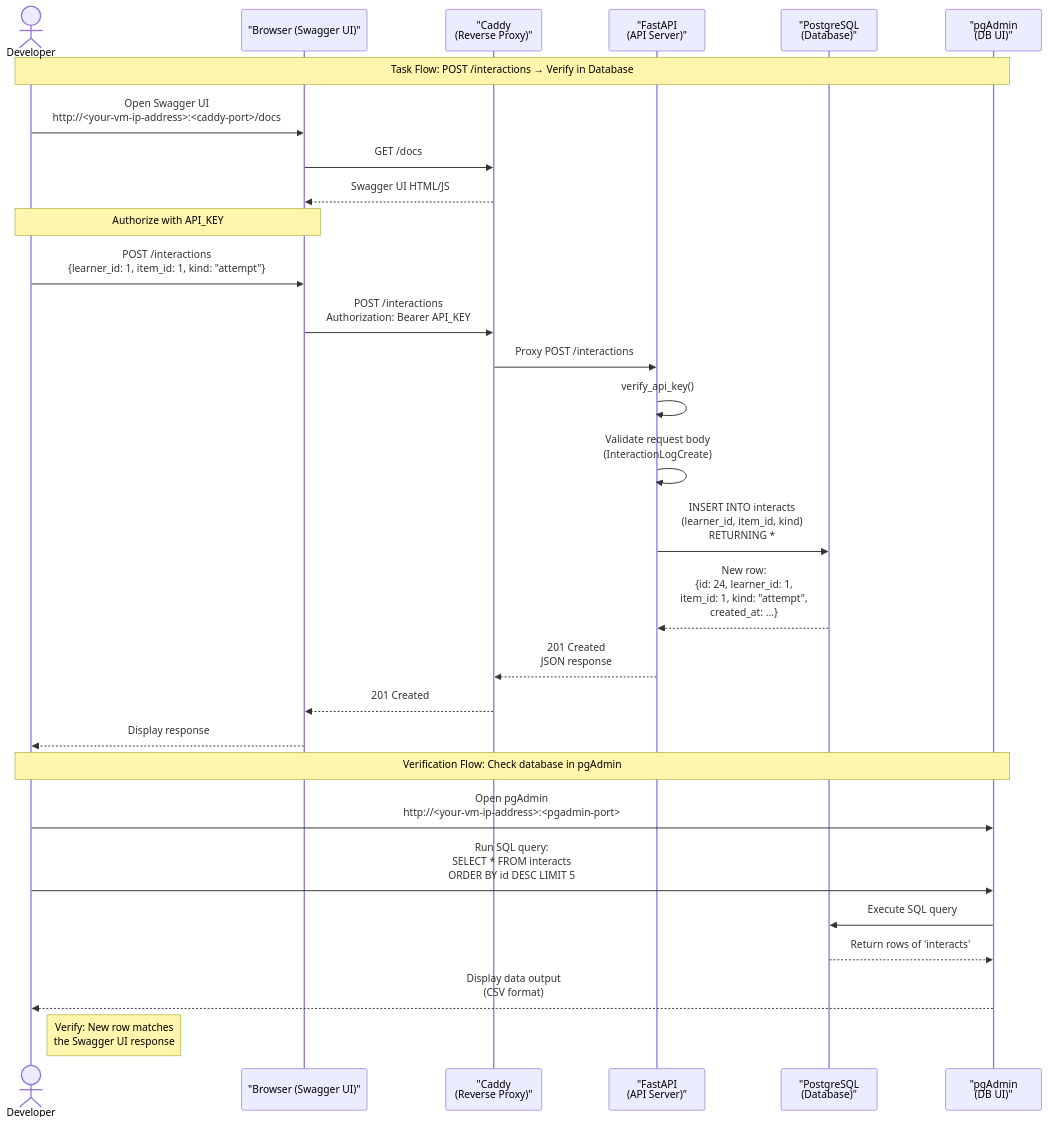
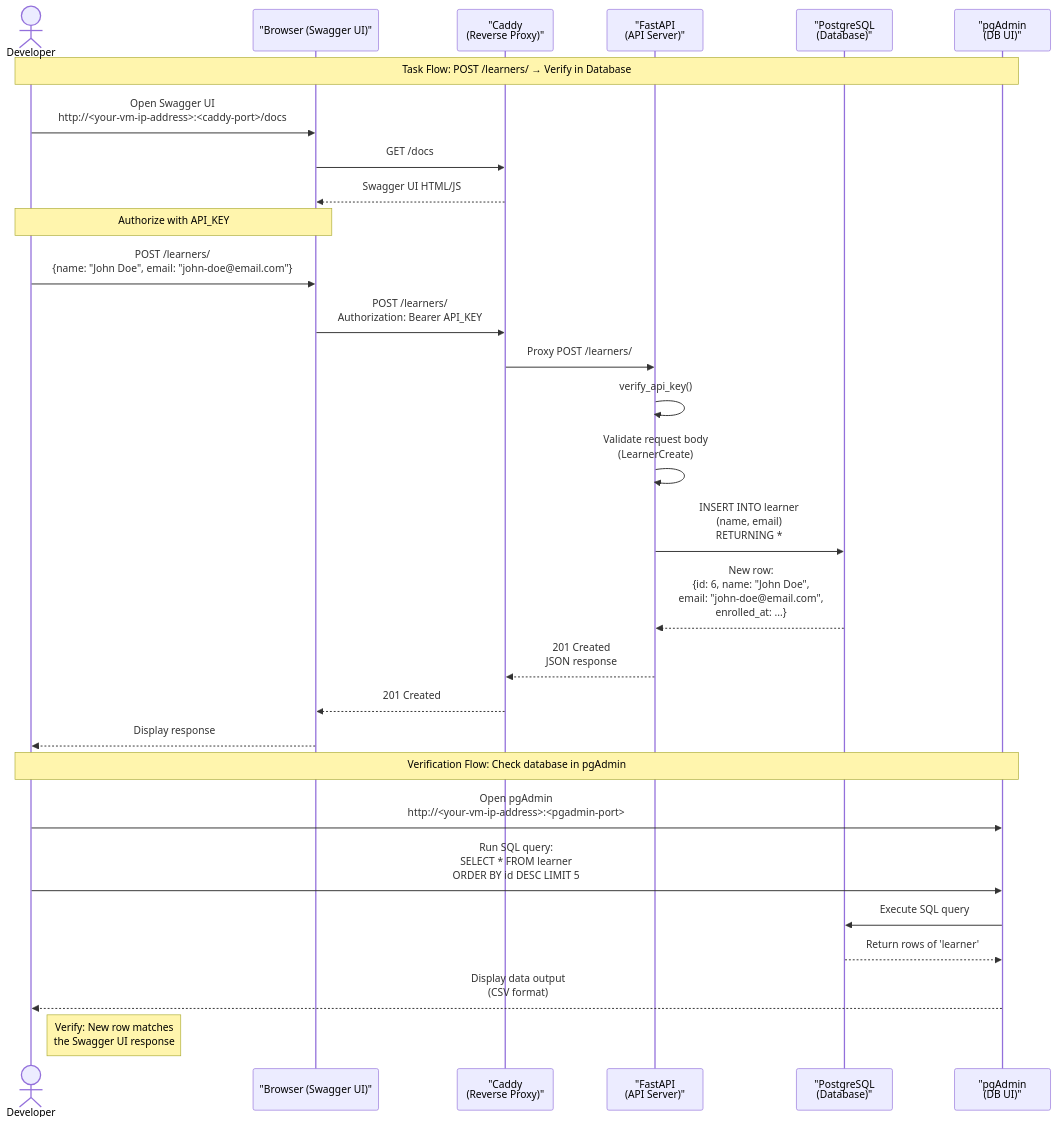
The diagram in lab/tasks/required/task-1.md (shefyo/se-toolkit-lab-8), drawn with Mermaid before and after one commit. The commit also changed other lines of this file, not shown here.

Commit message:
fix(tasks): switch to the learners endpoint because interactions is deliberately broken

````diff
--- a/lab/tasks/required/task-1.md
+++ b/lab/tasks/required/task-1.md
@@ -18,41 +18,41 @@
 ```mermaid
 sequenceDiagram
     actor Developer
     participant Browser as "Browser (Swagger UI)"
     participant Caddy as "Caddy<br/>(Reverse Proxy)"
     participant API as "FastAPI<br/>(API Server)"
     participant DB as "PostgreSQL<br/>(Database)"
     participant pgAdmin as "pgAdmin<br/>(DB UI)"
 
-    Note over Developer,pgAdmin: Task Flow: POST /interactions → Verify in Database
+    Note over Developer,pgAdmin: Task Flow: POST /learners/ → Verify in Database
 
     Developer->>Browser: Open Swagger UI<br/>http://<your-vm-ip-address>:<caddy-port>/docs
     Browser->>Caddy: GET /docs
     Caddy-->>Browser: Swagger UI HTML/JS
 
     Note over Developer,Browser: Authorize with API_KEY
 
-    Developer->>Browser: POST /interactions<br/>{learner_id: 1, item_id: 1, kind: "attempt"}
-    Browser->>Caddy: POST /interactions<br/>Authorization: Bearer API_KEY
-    Caddy->>API: Proxy POST /interactions
+    Developer->>Browser: POST /learners/<br/>{name: "John Doe", email: "john-doe@email.com"}
+    Browser->>Caddy: POST /learners/<br/>Authorization: Bearer API_KEY
+    Caddy->>API: Proxy POST /learners/
 
     API->>API: verify_api_key()
-    API->>API: Validate request body<br/>(InteractionLogCreate)
-    API->>DB: INSERT INTO interacts<br/>(learner_id, item_id, kind)<br/>RETURNING *
+    API->>API: Validate request body<br/>(LearnerCreate)
+    API->>DB: INSERT INTO learner<br/>(name, email)<br/>RETURNING *
 
-    DB-->>API: New row:<br/>{id: 24, learner_id: 1,<br/>item_id: 1, kind: "attempt",<br/>created_at: ...}
+    DB-->>API: New row:<br/>{id: 6, name: "John Doe",<br/>email: "john-doe@email.com",<br/>enrolled_at: ...}
 
     API-->>Caddy: 201 Created<br/>JSON response
     Caddy-->>Browser: 201 Created
     Browser-->>Developer: Display response
 
     Note over Developer,pgAdmin: Verification Flow: Check database in pgAdmin
 
     Developer->>pgAdmin: Open pgAdmin<br/>http://<your-vm-ip-address>:<pgadmin-port>
-    Developer->>pgAdmin: Run SQL query:<br/>SELECT * FROM interacts<br/>ORDER BY id DESC LIMIT 5
+    Developer->>pgAdmin: Run SQL query:<br/>SELECT * FROM learner<br/>ORDER BY id DESC LIMIT 5
     pgAdmin->>DB: Execute SQL query
-    DB-->>pgAdmin: Return rows of 'interacts'
+    DB-->>pgAdmin: Return rows of 'learner'
     pgAdmin-->>Developer: Display data output<br/>(CSV format)
 
     Note right of Developer: Verify: New row matches<br/>the Swagger UI response
 ```
````
